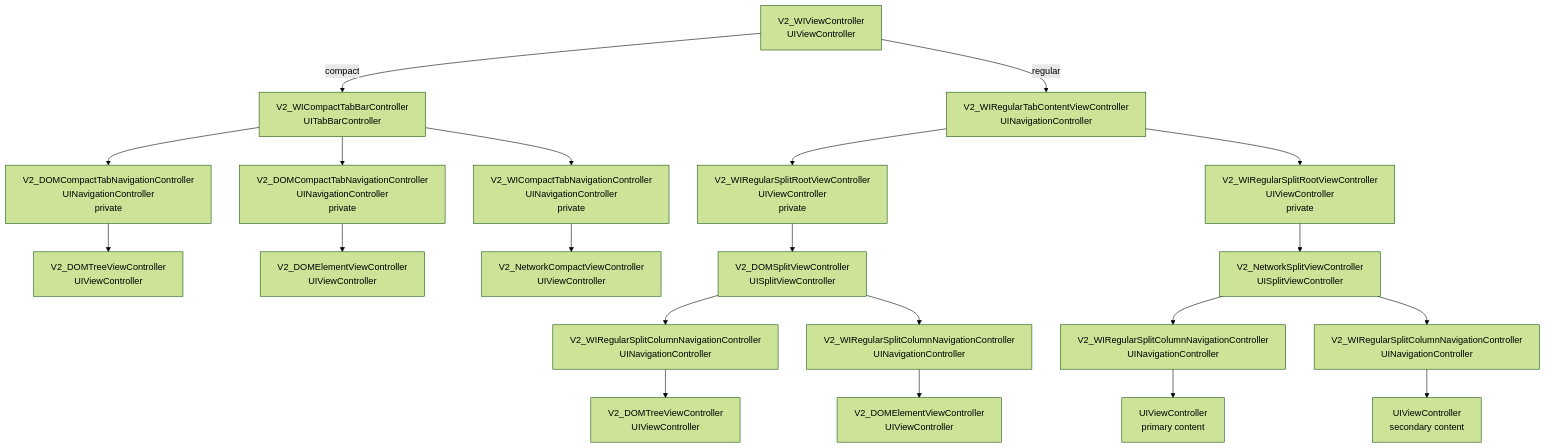
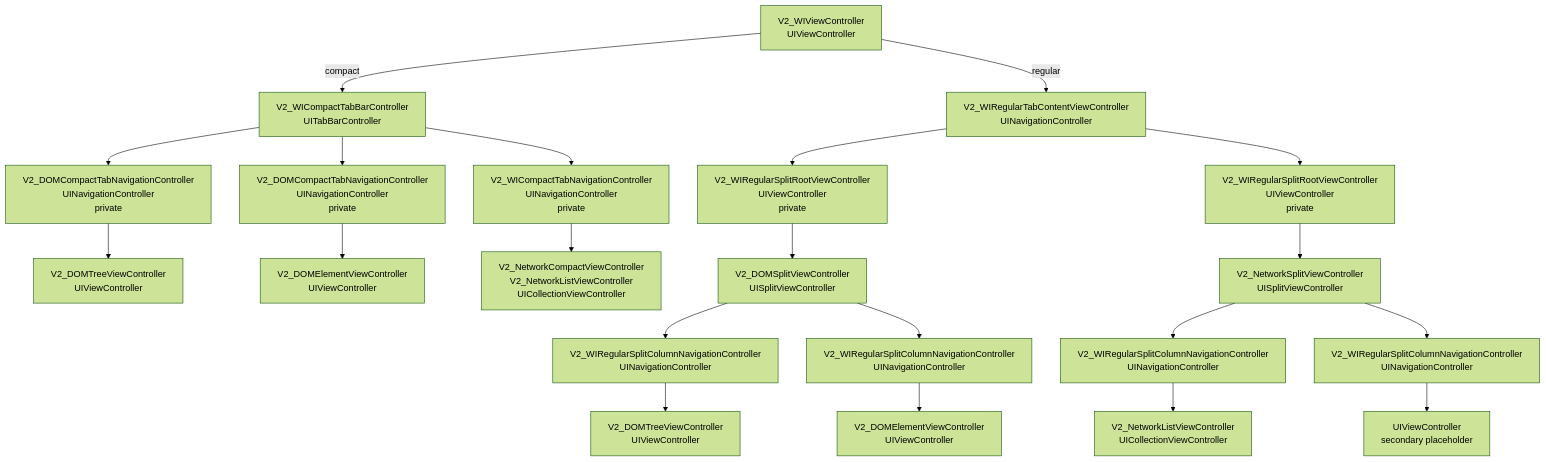
One commit to lynnswap/WebInspectorKit changed the diagram in Sources/WebInspectorUI/V2/Docs/ViewControllerStructure.md. Above: the diagram before and after it, drawn with Mermaid (forest theme). The commit also changed other lines of this file and 8 other files, not shown here.

Commit message:
feat(network): add V2 network list sidebar

````diff
--- a/Sources/WebInspectorUI/V2/Docs/ViewControllerStructure.md
+++ b/Sources/WebInspectorUI/V2/Docs/ViewControllerStructure.md
@@ -8,53 +8,53 @@
 ```mermaid
 flowchart TD
     Root["V2_WIViewController<br/>UIViewController"]
 
     CompactHost["V2_WICompactTabBarController<br/>UITabBarController"]
     RegularHost["V2_WIRegularTabContentViewController<br/>UINavigationController"]
 
     DOMCompactNavigation["V2_DOMCompactTabNavigationController<br/>UINavigationController<br/>private"]
     ElementCompactNavigation["V2_DOMCompactTabNavigationController<br/>UINavigationController<br/>private"]
     RegularDOMRoot["V2_WIRegularSplitRootViewController<br/>UIViewController<br/>private"]
     DOMSplit["V2_DOMSplitViewController<br/>UISplitViewController"]
     NetworkCompactNavigation["V2_WICompactTabNavigationController<br/>UINavigationController<br/>private"]
-    NetworkCompact["V2_NetworkCompactViewController<br/>UIViewController"]
+    NetworkCompact["V2_NetworkCompactViewController<br/>V2_NetworkListViewController<br/>UICollectionViewController"]
     RegularNetworkRoot["V2_WIRegularSplitRootViewController<br/>UIViewController<br/>private"]
     NetworkSplit["V2_NetworkSplitViewController<br/>UISplitViewController"]
 
     CompactTree["V2_DOMTreeViewController<br/>UIViewController"]
     CompactElement["V2_DOMElementViewController<br/>UIViewController"]
     RegularTreeNavigation["V2_WIRegularSplitColumnNavigationController<br/>UINavigationController"]
     RegularTree["V2_DOMTreeViewController<br/>UIViewController"]
     RegularElementNavigation["V2_WIRegularSplitColumnNavigationController<br/>UINavigationController"]
     RegularElement["V2_DOMElementViewController<br/>UIViewController"]
 
     NetworkPrimaryNavigation["V2_WIRegularSplitColumnNavigationController<br/>UINavigationController"]
     NetworkSecondaryNavigation["V2_WIRegularSplitColumnNavigationController<br/>UINavigationController"]
-    NetworkPrimary["UIViewController<br/>primary content"]
-    NetworkSecondary["UIViewController<br/>secondary content"]
+    NetworkList["V2_NetworkListViewController<br/>UICollectionViewController"]
+    NetworkSecondary["UIViewController<br/>secondary placeholder"]
 
     Root -->|compact| CompactHost
     Root -->|regular| RegularHost
 
     CompactHost --> DOMCompactNavigation
     CompactHost --> ElementCompactNavigation
     CompactHost --> NetworkCompactNavigation
     DOMCompactNavigation --> CompactTree
     ElementCompactNavigation --> CompactElement
     NetworkCompactNavigation --> NetworkCompact
 
     RegularHost --> RegularDOMRoot
     RegularHost --> RegularNetworkRoot
     RegularDOMRoot --> DOMSplit
     RegularNetworkRoot --> NetworkSplit
 
     DOMSplit --> RegularTreeNavigation
     RegularTreeNavigation --> RegularTree
     DOMSplit --> RegularElementNavigation
     RegularElementNavigation --> RegularElement
 
     NetworkSplit --> NetworkPrimaryNavigation
     NetworkSplit --> NetworkSecondaryNavigation
-    NetworkPrimaryNavigation --> NetworkPrimary
+    NetworkPrimaryNavigation --> NetworkList
     NetworkSecondaryNavigation --> NetworkSecondary
 ```
````
